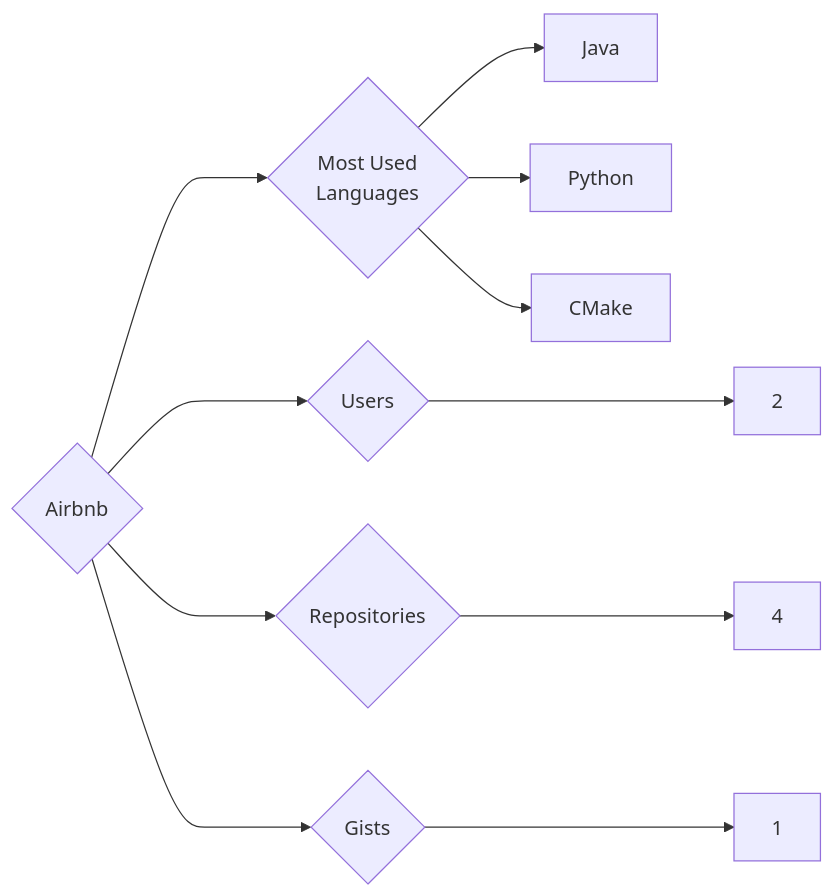
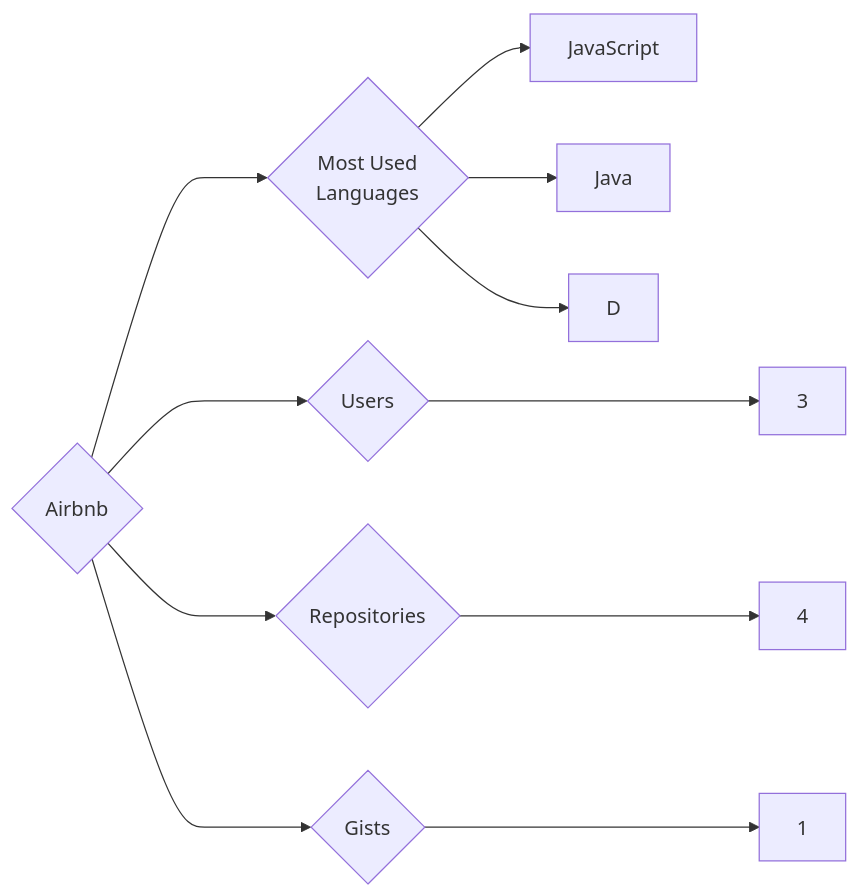
The diagram in targets/Airbnb/README.md (trickest/insiders), drawn with Mermaid before and after one commit. The commit also changed 776 other files, not shown here.

````diff
--- a/targets/Airbnb/README.md
+++ b/targets/Airbnb/README.md
@@ -3,11 +3,11 @@
 ```mermaid
 graph LR
 COMPANY_NAME{Airbnb}
-COMPANY_NAME ---> U{Users} ---> UN[2]
+COMPANY_NAME ---> U{Users} ---> UN[3]
 COMPANY_NAME ---> R{Repositories} ---> RN[4]
 COMPANY_NAME ---> G{Gists} ---> GN[1]
 COMPANY_NAME ---> ML{Most Used<br>Languages}
+ML --> JavaScript[JavaScript]
 ML --> Java[Java]
-ML --> Python[Python]
-ML --> CMake[CMake]
+ML --> D[D]
 ```
````
